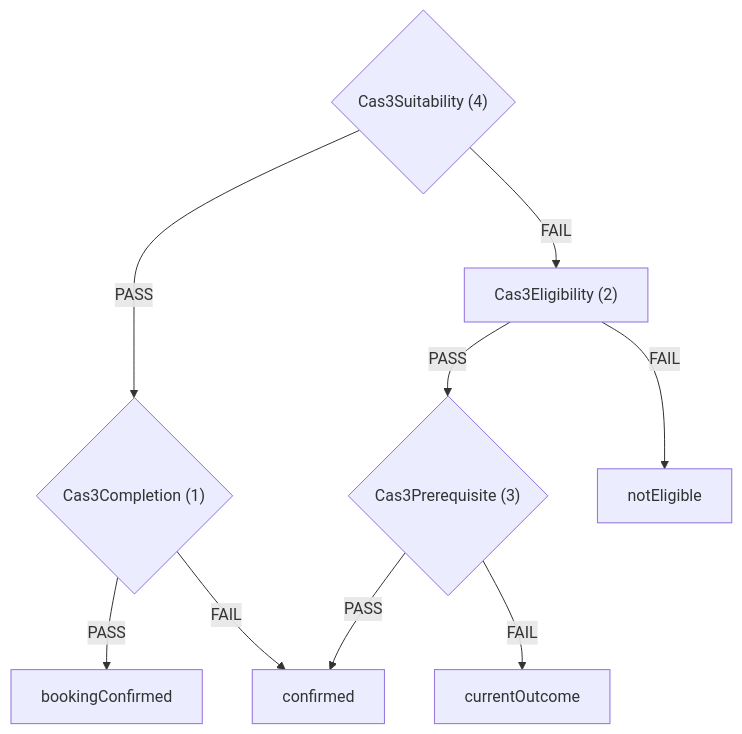
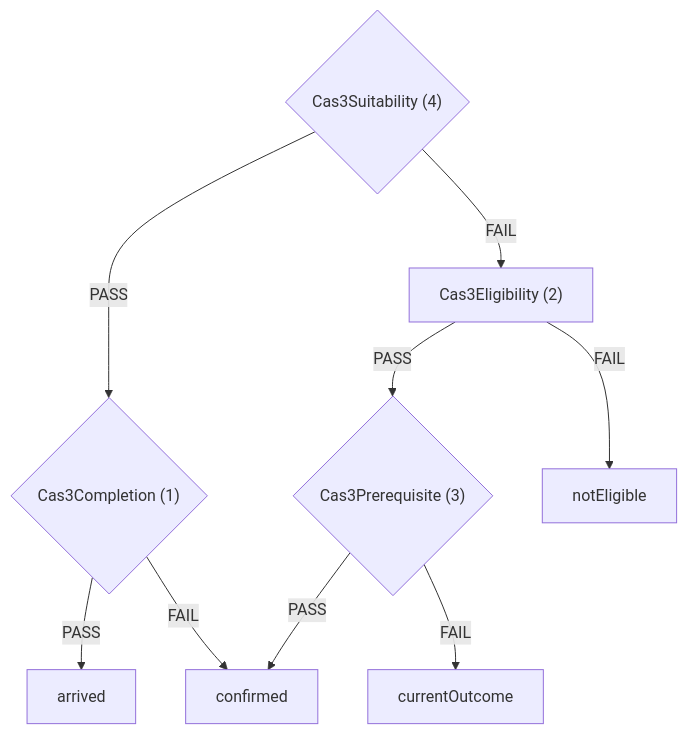
One commit to ministryofjustice/hmpps-single-accommodation-service-api changed the third of 6 diagrams in docs/eligibility-rules-graph.md. Above: the diagram before and after it, drawn with Mermaid. The commit also changed other lines of this file and 13 other files, not shown here.

Commit message:
feature/SAS-1247-Rules-engine-change-for-CAS3-Arrived

````diff
--- a/docs/eligibility-rules-graph.md
+++ b/docs/eligibility-rules-graph.md
@@ -165,19 +165,19 @@
 ```mermaid
 flowchart TD
   Cas3Suitability{"Cas3Suitability (4)"}
   Cas3Completion{"Cas3Completion (1)"}
-  bookingConfirmed["bookingConfirmed"]
+  arrived["arrived"]
   confirmed["confirmed"]
   Cas3Eligibility["Cas3Eligibility (2)"]
   Cas3Prerequisite{"Cas3Prerequisite (3)"}
   currentOutcome["currentOutcome"]
   notEligible["notEligible"]
-  Cas3Completion -->|PASS| bookingConfirmed
+  Cas3Completion -->|PASS| arrived
   Cas3Completion -->|FAIL| confirmed
   Cas3Prerequisite -->|PASS| confirmed
   Cas3Prerequisite -->|FAIL| currentOutcome
   Cas3Eligibility -->|PASS| Cas3Prerequisite
   Cas3Eligibility -->|FAIL| notEligible
   Cas3Suitability -->|PASS| Cas3Completion
   Cas3Suitability -->|FAIL| Cas3Eligibility
 ```
````
